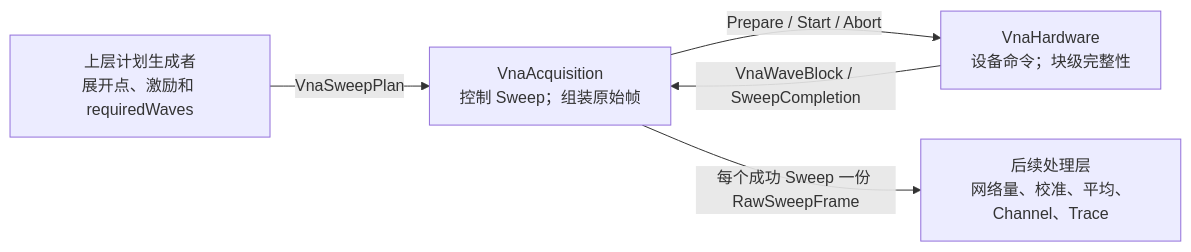
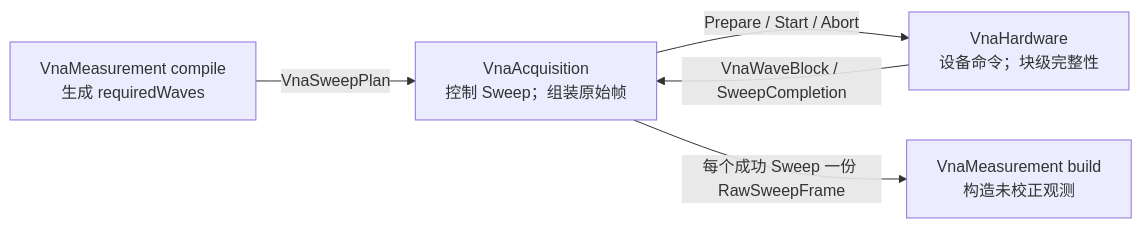
Before and after one commit to aniping/VnaPro: the first of 5 diagrams in docs/原始波采集层软件设计.md, drawn with Mermaid. The commit also changed other lines of this file and 1 other file, not shown here.

````diff
--- a/docs/原始波采集层软件设计.md
+++ b/docs/原始波采集层软件设计.md
@@ -23,12 +23,12 @@
 ```mermaid
 flowchart LR
-    Planner["上层计划生成者<br/>展开点、激励和 requiredWaves"]
+    Planner["VnaMeasurement compile<br/>生成 requiredWaves"]
     Acquisition["VnaAcquisition<br/>控制 Sweep；组装原始帧"]
     Hardware["VnaHardware<br/>设备命令；块级完整性"]
-    Downstream["后续处理层<br/>网络量、校准、平均、Channel、Trace"]
+    Downstream["VnaMeasurement build<br/>构造未校正观测"]
 
     Planner -->|VnaSweepPlan| Acquisition
     Acquisition -->|Prepare / Start / Abort| Hardware
     Hardware -->|VnaWaveBlock / SweepCompletion| Acquisition
     Acquisition -->|每个成功 Sweep 一份 RawSweepFrame| Downstream
 ```
````
